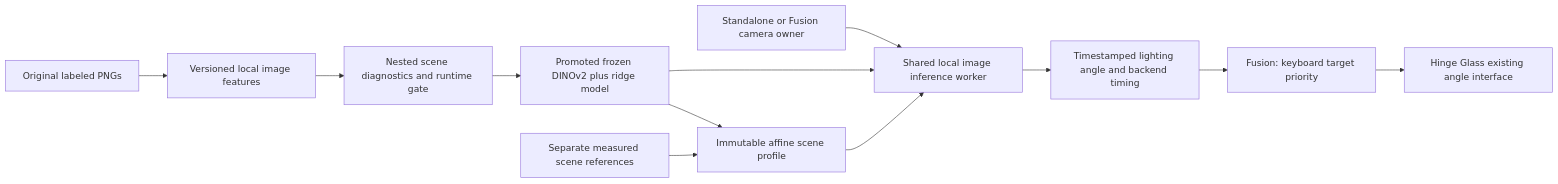
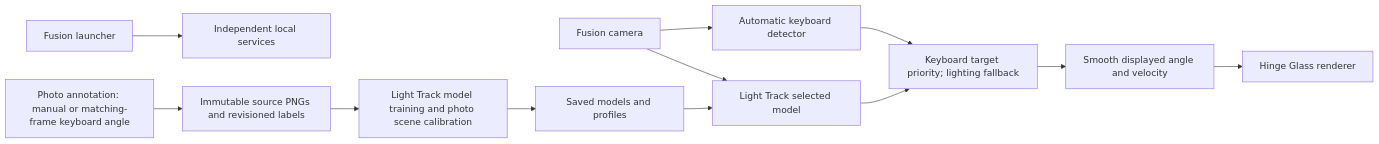
One commit to Comb1e/windows-turn changed the first of 4 diagrams in docs/architecture.md. Above: the diagram before and after it, drawn with Mermaid. The commit also changed other lines of this file and 22 other files, not shown here.

Commit message:
Replace Fusion sweep calibration with photo annotation workflow

````diff
--- a/docs/architecture.md
+++ b/docs/architecture.md
@@ -21,14 +3,14 @@
 ```mermaid
 flowchart LR
-  Existing[Original labeled PNGs] --> Features[Versioned local image features]
-  Features --> Compare[Nested scene diagnostics and runtime gate]
-  Compare --> Model[Promoted frozen DINOv2 plus ridge model]
-  Model --> Worker[Shared local image inference worker]
-  Camera[Standalone or Fusion camera owner] --> Worker
-  Worker --> Angle[Timestamped lighting angle and backend timing]
-  Angle --> Fusion[Fusion: keyboard target priority]
-  Fusion --> Renderer[Hinge Glass existing angle interface]
-  References[Separate measured scene references] --> Profile[Immutable affine scene profile]
-  Model --> Profile
-  Profile --> Worker
+  Start[Fusion launcher] --> Services[Independent local services]
+  Annotation[Photo annotation: manual or matching-frame keyboard angle] --> Photos[Immutable source PNGs and revisioned labels]
+  Photos --> Train[Light Track model training and photo scene calibration]
+  Train --> Saved[Saved models and profiles]
+  Camera[Fusion camera] --> Keyboard[Automatic keyboard detector]
+  Camera --> Light[Light Track selected model]
+  Saved --> Light
+  Keyboard --> Fusion[Keyboard target priority; lighting fallback]
+  Light --> Fusion
+  Fusion --> Display[Smooth displayed angle and velocity]
+  Display --> Glass[Hinge Glass renderer]
 ```
````
